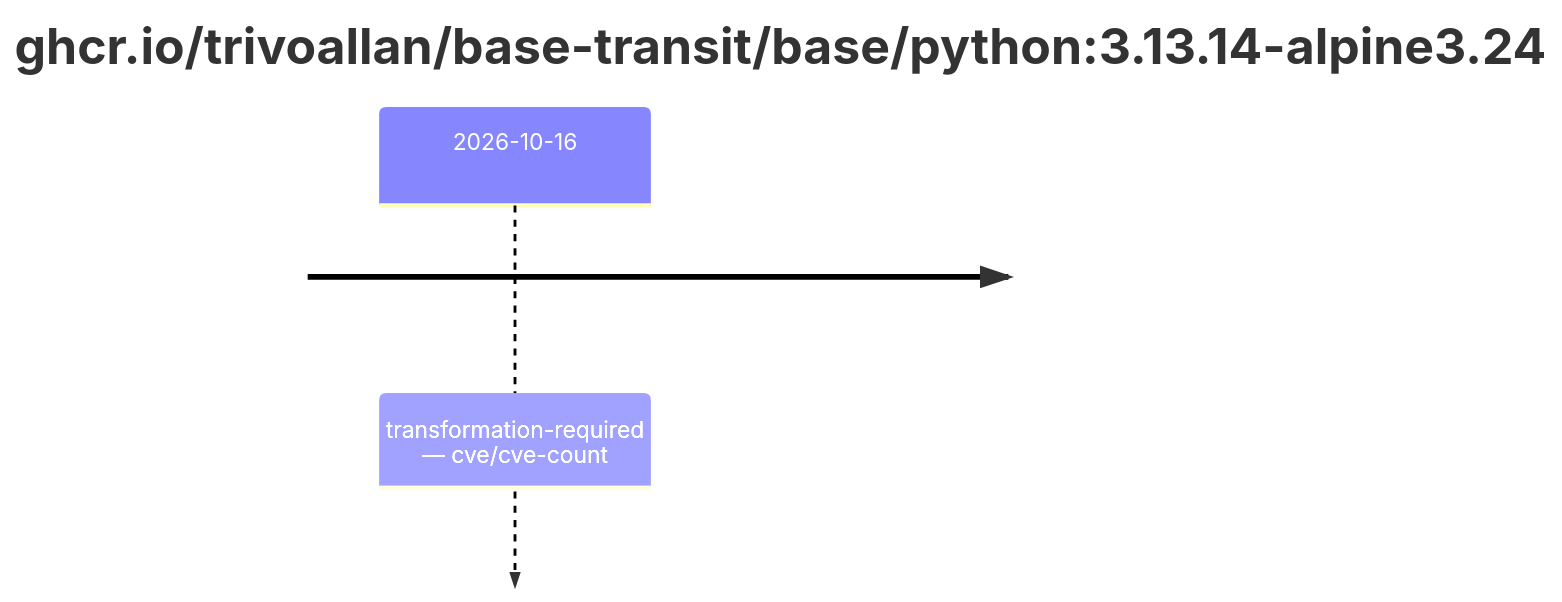
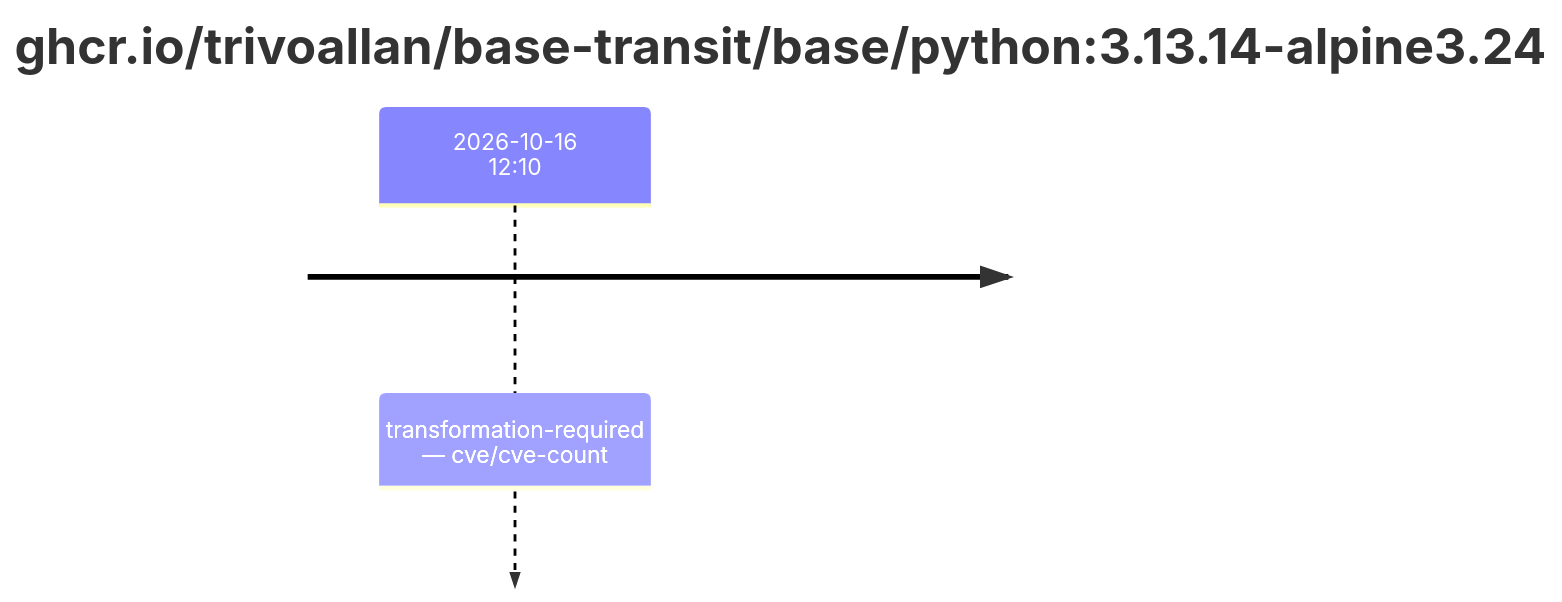
Before and after one commit to trivoallan/base-images: the second of 2 diagrams in results/reports/base-python-3/sha256:b8e1d7303166e4ea56b3bf1e5bfd16efa416668f34b26cbb36be10477e8233d1.md, drawn with Mermaid. The commit also changed other lines of this file and 12 other files, not shown here.

````diff
--- a/results/reports/base-python-3/sha256:b8e1d7303166e4ea56b3bf1e5bfd16efa416668f34b26cbb36be10477e8233d1.md
+++ b/results/reports/base-python-3/sha256:b8e1d7303166e4ea56b3bf1e5bfd16efa416668f34b26cbb36be10477e8233d1.md
@@ -20,5 +21,5 @@
 ```mermaid
 timeline
     title ghcr.io/trivoallan/base-transit/base/python#58;3.13.14-alpine3.24
-    2026-10-16 : transformation-required — cve/cve-count
+    2026-10-16 12#58;10 : transformation-required — cve/cve-count
 ```
````
